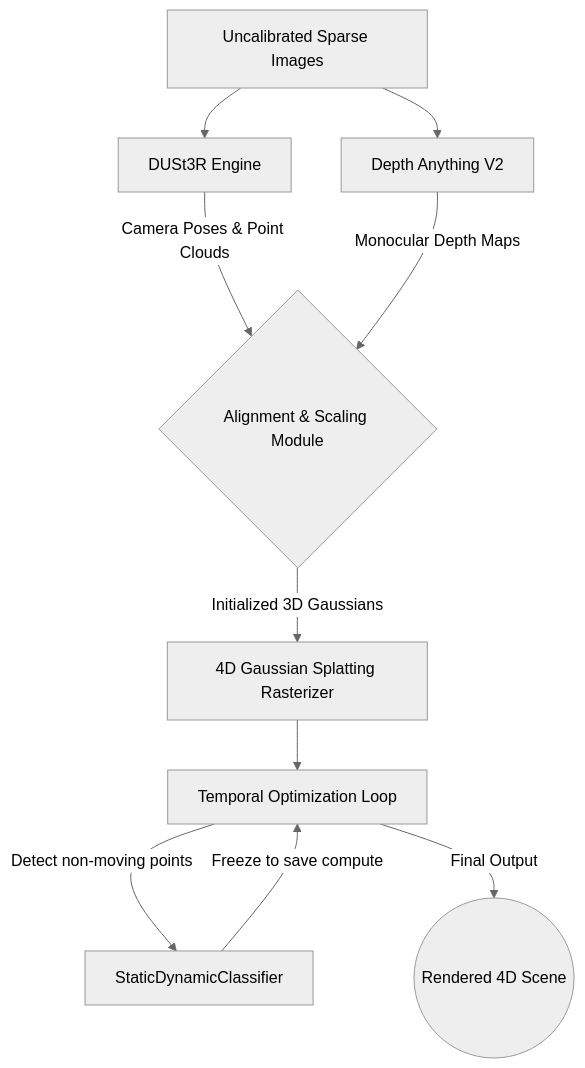
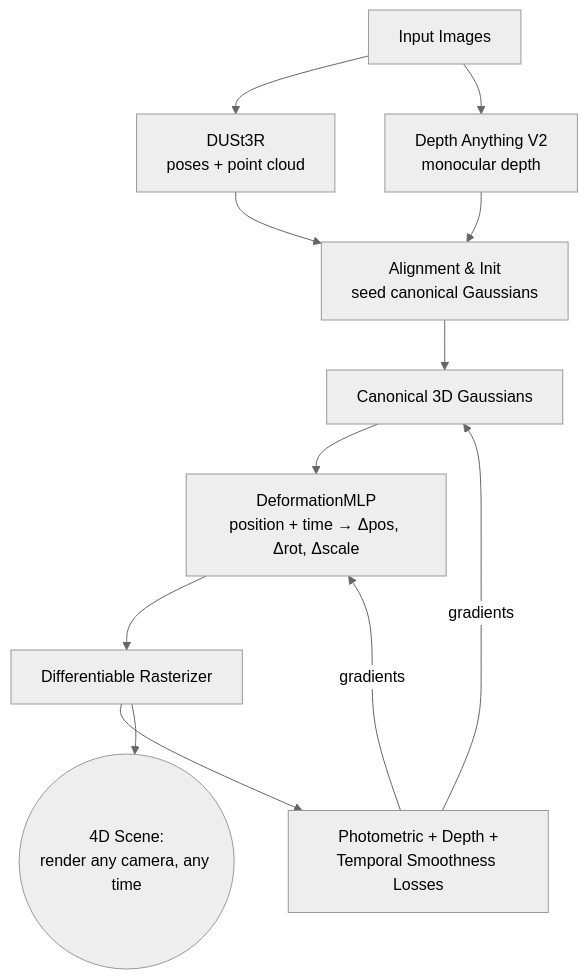
One commit to rajhodedara/SparseChron changed the diagram in README.md. Above: the diagram before and after it, drawn with Mermaid (neutral theme). The commit also changed other lines of this file and 3 other files, not shown here.

````diff
--- a/README.md
+++ b/README.md
@@ -37,16 +53,14 @@
 ```mermaid
 graph TD
-    A[Uncalibrated Sparse Images] --> B[DUSt3R Engine]
-    A --> C[Depth Anything V2]
-    
-    B -->|Camera Poses & Point Clouds| D{Alignment & Scaling Module}
-    C -->|Monocular Depth Maps| D
-    
-    D -->|Initialized 3D Gaussians| E[4D Gaussian Splatting Rasterizer]
-    
-    E --> F[Temporal Optimization Loop]
-    F -->|Detect non-moving points| G[StaticDynamicClassifier]
-    G -->|Freeze to save compute| F
-    
-    F -->|Final Output| H((Rendered 4D Scene))
+    A[Input Images] --> B[DUSt3R<br/>poses + point cloud]
+    A --> C[Depth Anything V2<br/>monocular depth]
+    B --> D[Alignment & Init<br/>seed canonical Gaussians]
+    C --> D
+    D --> E[Canonical 3D Gaussians]
+    E --> F[DeformationMLP<br/>position + time → Δpos, Δrot, Δscale]
+    F --> G[Differentiable Rasterizer]
+    G --> H[Photometric + Depth +<br/>Temporal Smoothness Losses]
+    H -->|gradients| E
+    H -->|gradients| F
+    G --> I((4D Scene:<br/>render any camera, any time))
 ```
````
